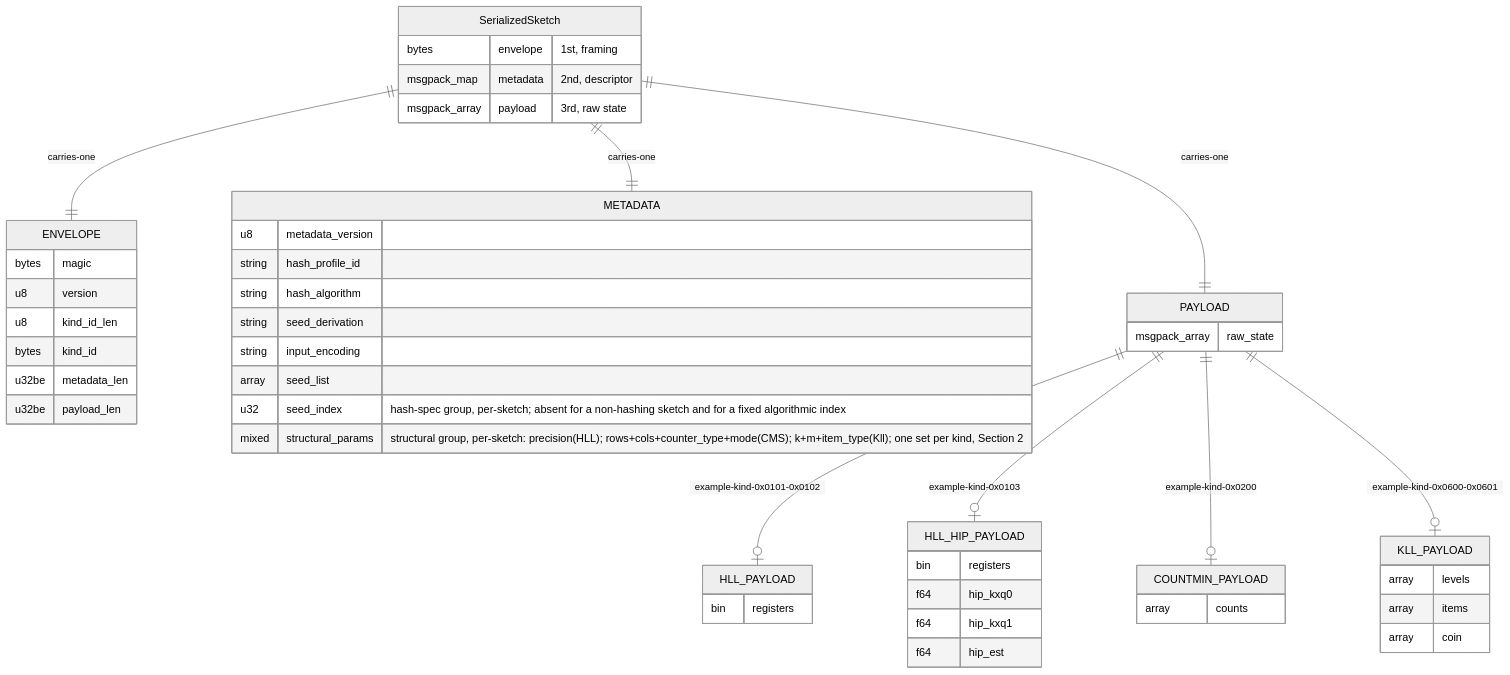
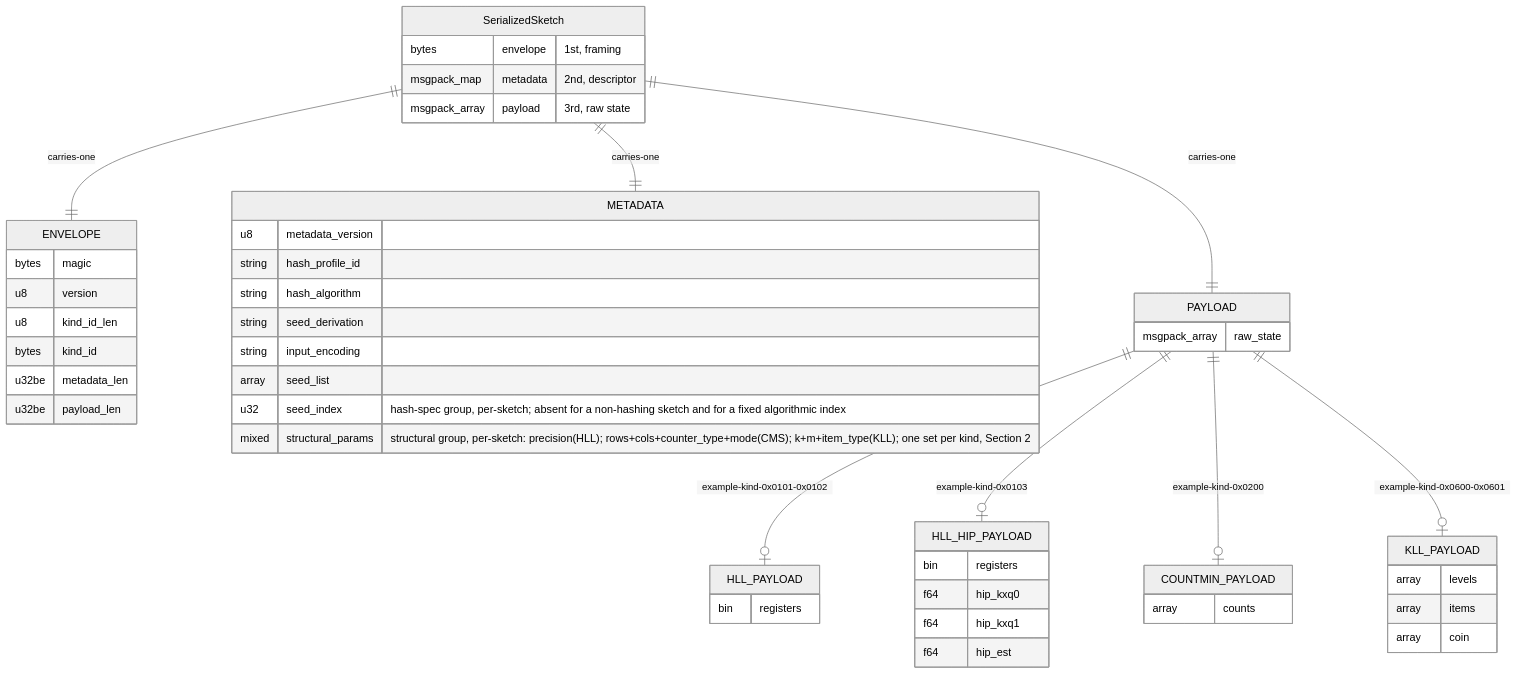
Before and after one commit to ProjectASAP/asap_sketchlib: the diagram in docs/asapv1_wire_format.md, drawn with Mermaid (neutral theme). The commit also changed other lines of this file and 26 other files, not shown here.

````diff
--- a/docs/asapv1_wire_format.md
+++ b/docs/asapv1_wire_format.md
@@ -65,53 +65,53 @@
 ```mermaid
 erDiagram
     SerializedSketch {
         bytes envelope "1st, framing"
         msgpack_map metadata "2nd, descriptor"
         msgpack_array payload "3rd, raw state"
     }
     SerializedSketch ||--|| ENVELOPE : carries-one
     SerializedSketch ||--|| METADATA : carries-one
     SerializedSketch ||--|| PAYLOAD : carries-one
     PAYLOAD ||--o| HLL_PAYLOAD : example-kind-0x0101-0x0102
     PAYLOAD ||--o| HLL_HIP_PAYLOAD : example-kind-0x0103
     PAYLOAD ||--o| COUNTMIN_PAYLOAD : example-kind-0x0200
     PAYLOAD ||--o| KLL_PAYLOAD : example-kind-0x0600-0x0601
     ENVELOPE {
         bytes magic
         u8 version
         u8 kind_id_len
         bytes kind_id
         u32be metadata_len
         u32be payload_len
     }
     METADATA {
         u8 metadata_version
         string hash_profile_id
         string hash_algorithm
         string seed_derivation
         string input_encoding
         array seed_list
         u32 seed_index "hash-spec group, per-sketch; absent for a non-hashing sketch and for a fixed algorithmic index"
-        mixed structural_params "structural group, per-sketch: precision(HLL); rows+cols+counter_type+mode(CMS); k+m+item_type(Kll); one set per kind, Section 2"
+        mixed structural_params "structural group, per-sketch: precision(HLL); rows+cols+counter_type+mode(CMS); k+m+item_type(KLL); one set per kind, Section 2"
     }
     PAYLOAD {
         msgpack_array raw_state
     }
     HLL_PAYLOAD {
         bin registers
     }
     HLL_HIP_PAYLOAD {
         bin registers
         f64 hip_kxq0
         f64 hip_kxq1
         f64 hip_est
     }
     COUNTMIN_PAYLOAD {
         array counts
     }
     KLL_PAYLOAD {
         array levels
         array items
         array coin
     }
 ```
````
